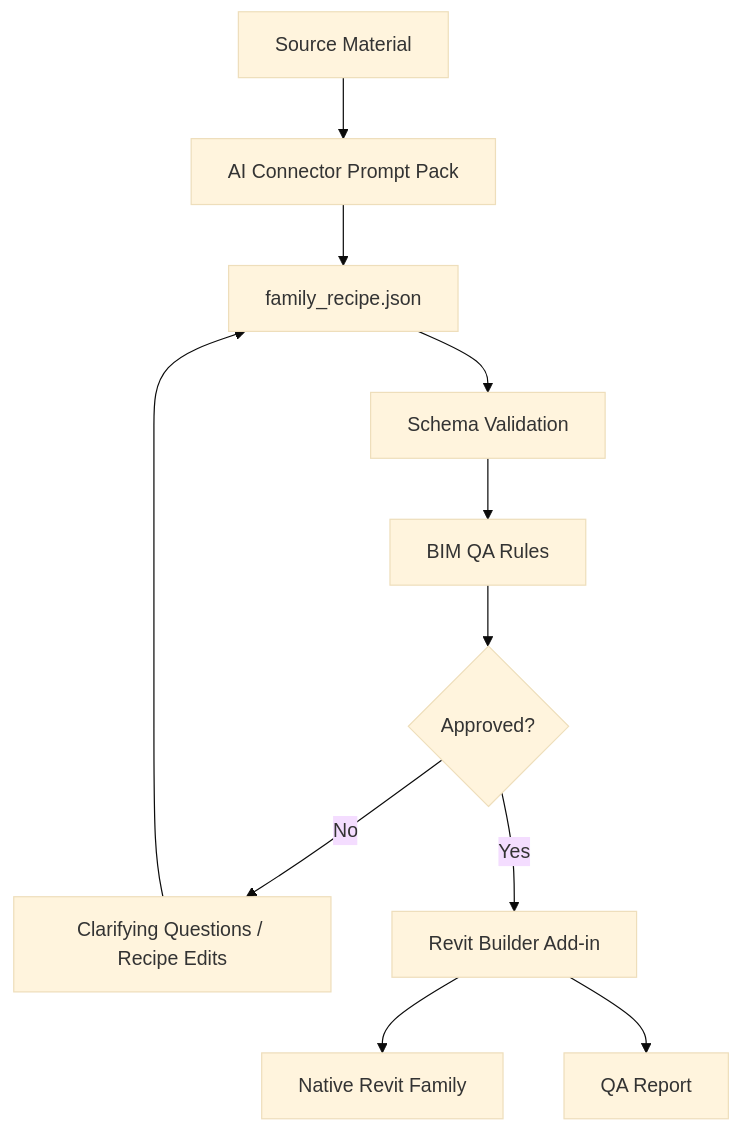
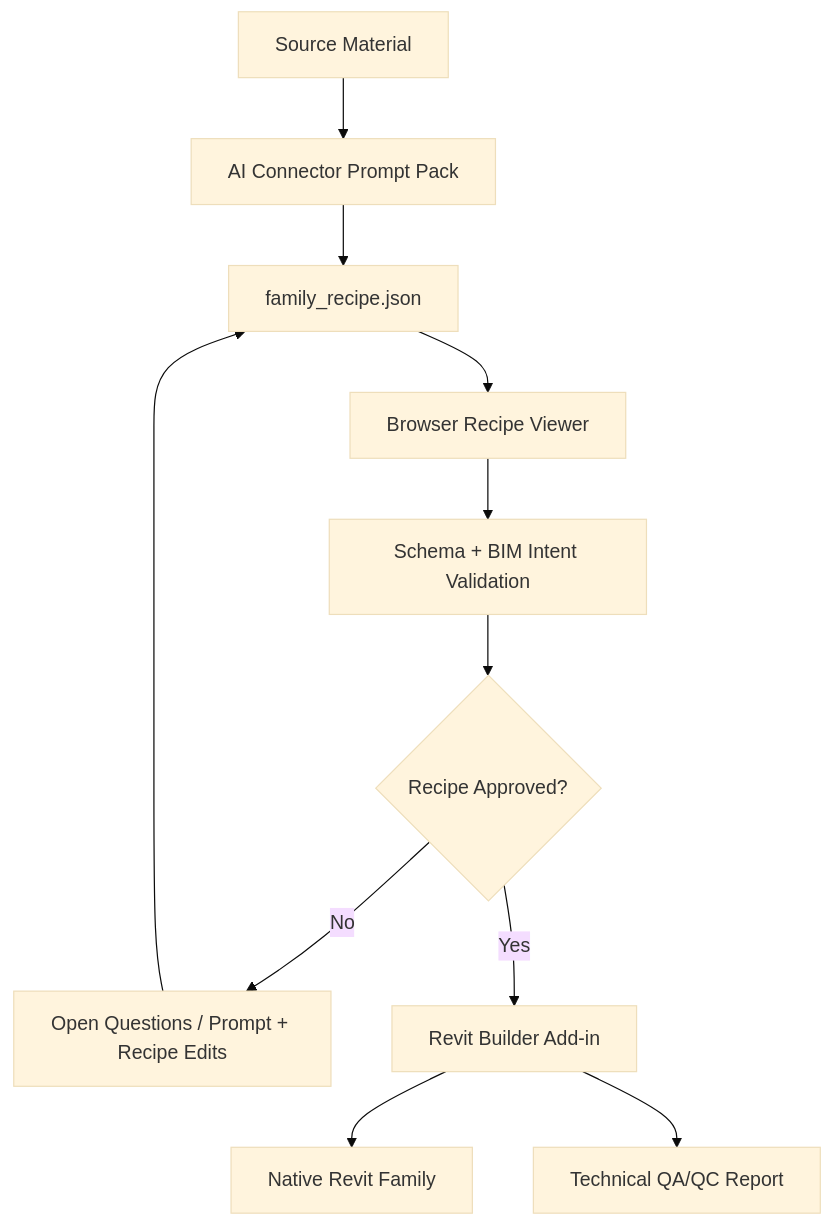
One commit to BIM-Dad/family-forge changed the diagram in docs/architecture.md. Above: the diagram before and after it, drawn with Mermaid (base theme). The commit also changed other lines of this file and 3 other files, not shown here.

````diff
--- a/docs/architecture.md
+++ b/docs/architecture.md
@@ -13,13 +13,13 @@
 ```mermaid
 flowchart TD
     A["Source Material"] --> B["AI Connector Prompt Pack"]
     B --> C["family_recipe.json"]
-    C --> D["Schema Validation"]
-    D --> E["BIM QA Rules"]
-    E --> F{"Approved?"}
-    F -->|"No"| G["Clarifying Questions / Recipe Edits"]
+    C --> D["Browser Recipe Viewer"]
+    D --> E["Schema + BIM Intent Validation"]
+    E --> F{"Recipe Approved?"}
+    F -->|"No"| G["Open Questions / Prompt + Recipe Edits"]
     G --> C
     F -->|"Yes"| H["Revit Builder Add-in"]
     H --> I["Native Revit Family"]
-    H --> J["QA Report"]
+    H --> J["Technical QA/QC Report"]
 ```
````
